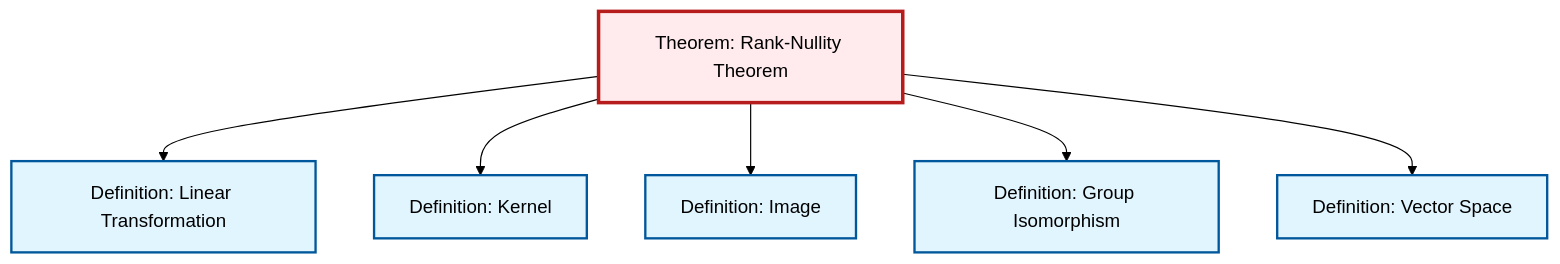
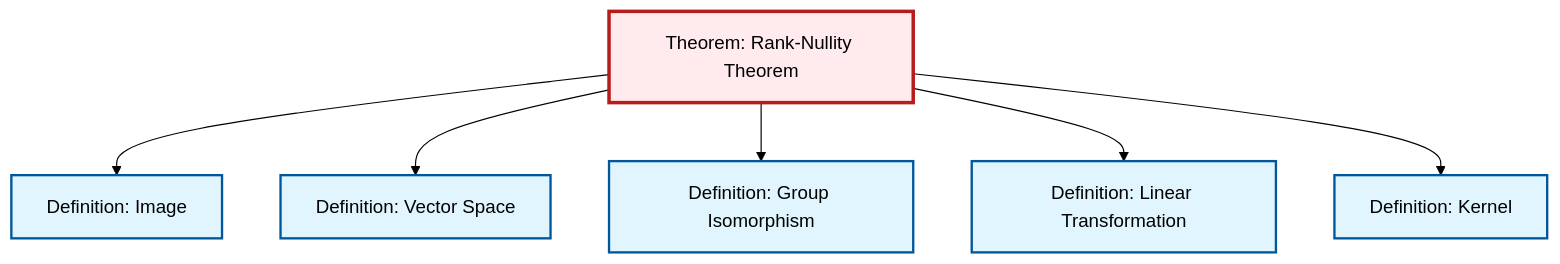
The diagram in content/ja/algebra/thm-rank-nullity.qmd (RK0429/ModernMath), drawn with Mermaid (forest theme) before and after one commit. The commit also changed other lines of this file and 597 other files, not shown here.

````diff
--- a/content/ja/algebra/thm-rank-nullity.qmd
+++ b/content/ja/algebra/thm-rank-nullity.qmd
@@ -57,26 +57,26 @@
 ```{mermaid}
 %%| fig-cap: "Local dependency graph"
 graph TD
     classDef definition fill:#e1f5fe,stroke:#01579b,stroke-width:2px
     classDef theorem fill:#f3e5f5,stroke:#4a148c,stroke-width:2px
     classDef axiom fill:#fff3e0,stroke:#e65100,stroke-width:2px
     classDef example fill:#e8f5e9,stroke:#1b5e20,stroke-width:2px
     classDef current fill:#ffebee,stroke:#b71c1c,stroke-width:3px
+    thm-rank-nullity["Theorem: Rank-Nullity Theorem"]:::theorem
     def-vector-space["Definition: Vector Space"]:::definition
-    def-image["Definition: Image"]:::definition
-    thm-rank-nullity["Theorem: Rank-Nullity Theorem"]:::theorem
-    def-linear-transformation["Definition: Linear Transformation"]:::definition
     def-isomorphism["Definition: Group Isomorphism"]:::definition
     def-kernel["Definition: Kernel"]:::definition
+    def-linear-transformation["Definition: Linear Transformation"]:::definition
+    def-image["Definition: Image"]:::definition
+    thm-rank-nullity --> def-image
+    thm-rank-nullity --> def-vector-space
+    thm-rank-nullity --> def-isomorphism
     thm-rank-nullity --> def-linear-transformation
     thm-rank-nullity --> def-kernel
-    thm-rank-nullity --> def-image
-    thm-rank-nullity --> def-isomorphism
-    thm-rank-nullity --> def-vector-space
     class thm-rank-nullity current
     click def-vector-space "def-vector-space.html" "Definition: Vector Spaceへ"
-    click def-image "def-image.html" "Definition: Imageへ"
-    click def-linear-transformation "def-linear-transformation.html" "Definition: Linear Transformationへ"
     click def-isomorphism "def-isomorphism.html" "Definition: Group Isomorphismへ"
     click def-kernel "def-kernel.html" "Definition: Kernelへ"
+    click def-linear-transformation "def-linear-transformation.html" "Definition: Linear Transformationへ"
+    click def-image "def-image.html" "Definition: Imageへ"
 ```
````
